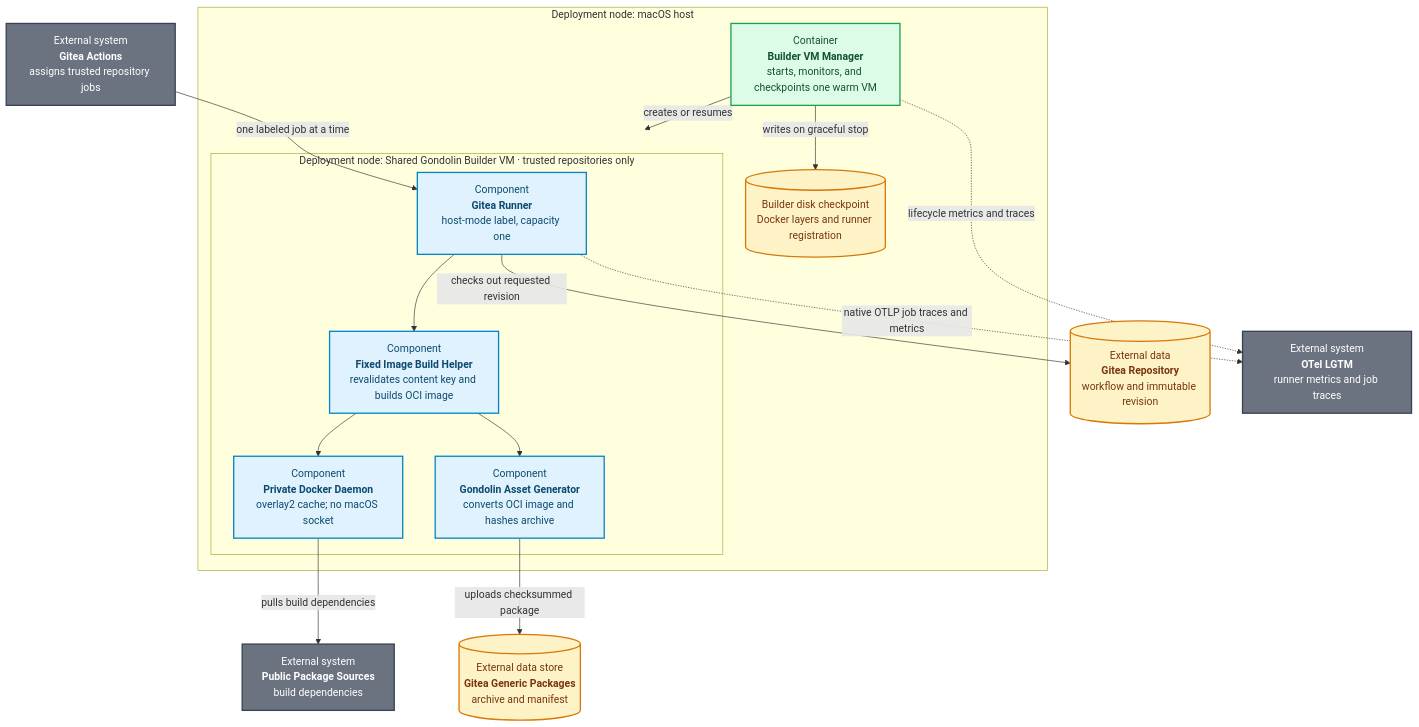
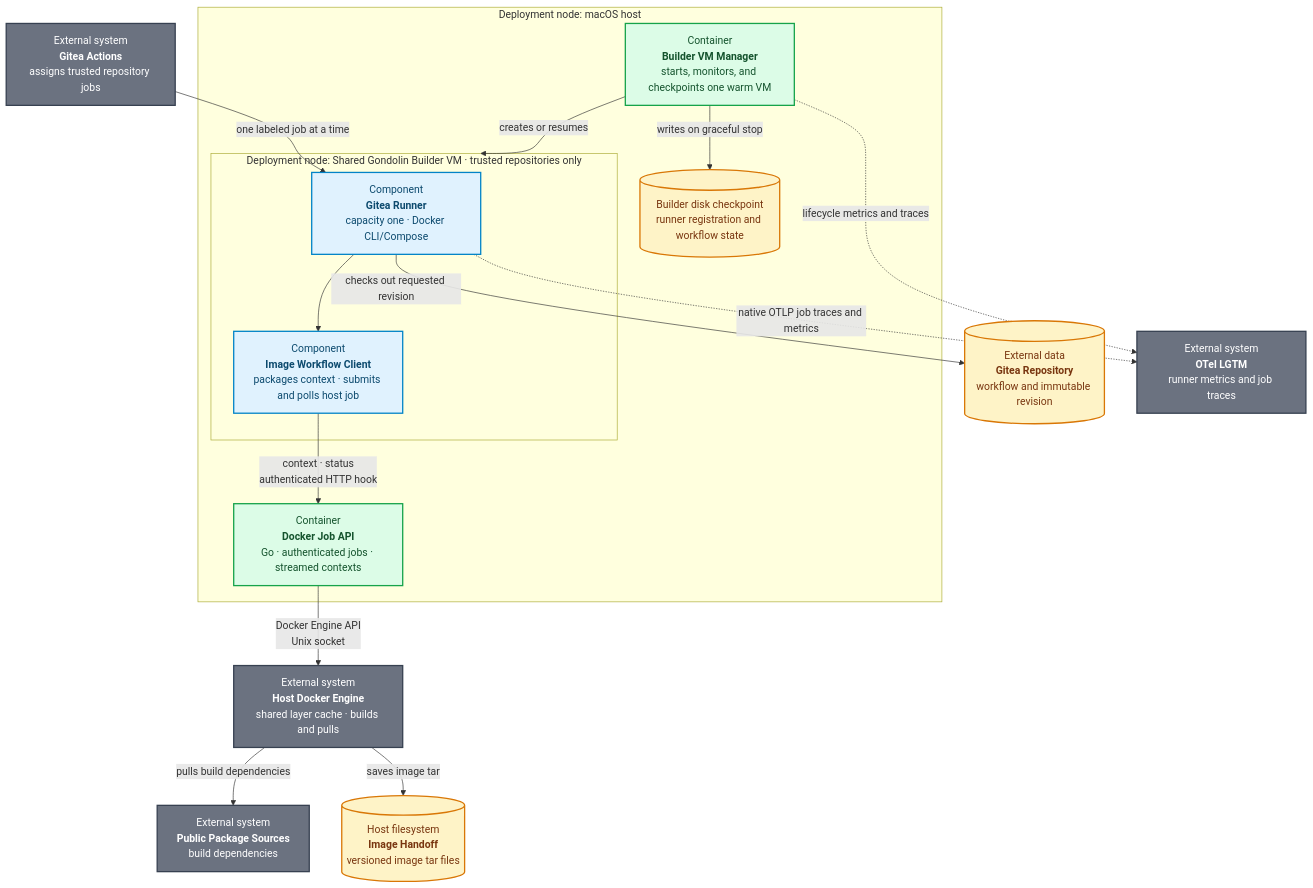
One commit to ragavsathish/agent-workload-platform changed the diagram in products/voice-agent/docs/architecture/c3-disposable-image-builder.mmd. Above: the diagram before and after it, drawn with Mermaid. The commit also changed 87 other files, not shown here.

Commit message:
Move image builds to host Docker API and simplify tooling

```diff
--- a/products/voice-agent/docs/architecture/c3-disposable-image-builder.mmd
+++ b/products/voice-agent/docs/architecture/c3-disposable-image-builder.mmd
@@ -1,37 +1,38 @@
 flowchart TB
     GITEA[External system<br/><b>Gitea Actions</b><br/>assigns trusted repository jobs]
     SOURCE[(External data<br/><b>Gitea Repository</b><br/>workflow and immutable revision)]
-    PACKAGES[(External data store<br/><b>Gitea Generic Packages</b><br/>archive and manifest)]
+    HOST_DOCKER[External system<br/><b>Host Docker Engine</b><br/>shared layer cache · builds and pulls]
+    HANDOFF[(Host filesystem<br/><b>Image Handoff</b><br/>versioned image tar files)]
     INTERNET[External system<br/><b>Public Package Sources</b><br/>build dependencies]
     OTEL[External system<br/><b>OTel LGTM</b><br/>runner metrics and job traces]
 
     subgraph HOST["Deployment node: macOS host"]
         MANAGER["Container<br/><b>Builder VM Manager</b><br/>starts, monitors, and checkpoints one warm VM"]
-        CHECKPOINT[("Builder disk checkpoint<br/>Docker layers and runner registration")]
+        API["Container<br/><b>Docker Job API</b><br/>Go · authenticated jobs · streamed contexts"]
+        CHECKPOINT[("Builder disk checkpoint<br/>runner registration and workflow state")]
         subgraph VM["Deployment node: Shared Gondolin Builder VM · trusted repositories only"]
-            RUNNER["Component<br/><b>Gitea Runner</b><br/>host-mode label, capacity one"]
-            DOCKER["Component<br/><b>Private Docker Daemon</b><br/>overlay2 cache; no macOS socket"]
-            BUILD["Component<br/><b>Fixed Image Build Helper</b><br/>revalidates content key and builds OCI image"]
-            ASSETS["Component<br/><b>Gondolin Asset Generator</b><br/>converts OCI image and hashes archive"]
-            RUNNER --> BUILD --> DOCKER
-            BUILD --> ASSETS
+            RUNNER["Component<br/><b>Gitea Runner</b><br/>capacity one · Docker CLI/Compose"]
+            CLIENT["Component<br/><b>Image Workflow Client</b><br/>packages context · submits and polls host job"]
+            RUNNER --> CLIENT
         end
         MANAGER -->|"creates or resumes"| VM
         MANAGER -->|"writes on graceful stop"| CHECKPOINT
     end
 
     GITEA -->|"one labeled job at a time"| RUNNER
     RUNNER -->|"checks out requested revision"| SOURCE
-    DOCKER -->|"pulls build dependencies"| INTERNET
-    ASSETS -->|"uploads checksummed package"| PACKAGES
+    CLIENT -->|"context · status<br/>authenticated HTTP hook"| API
+    API -->|"Docker Engine API<br/>Unix socket"| HOST_DOCKER
+    HOST_DOCKER -->|"pulls build dependencies"| INTERNET
+    HOST_DOCKER -->|"saves image tar"| HANDOFF
     MANAGER -.->|"lifecycle metrics and traces"| OTEL
     RUNNER -.->|"native OTLP job traces and metrics"| OTEL
 
     classDef component fill:#e0f2fe,color:#0c4a6e,stroke:#0284c7,stroke-width:2px;
     classDef container fill:#dcfce7,color:#14532d,stroke:#16a34a,stroke-width:2px;
     classDef external fill:#6b7280,color:#fff,stroke:#374151,stroke-width:2px;
     classDef data fill:#fef3c7,color:#78350f,stroke:#d97706,stroke-width:2px;
-    class RUNNER,DOCKER,BUILD,ASSETS component;
-    class MANAGER container;
-    class GITEA,INTERNET,OTEL external;
-    class SOURCE,PACKAGES,CHECKPOINT data;
+    class RUNNER,CLIENT component;
+    class MANAGER,API container;
+    class GITEA,INTERNET,OTEL,HOST_DOCKER external;
+    class SOURCE,HANDOFF,CHECKPOINT data;
```
